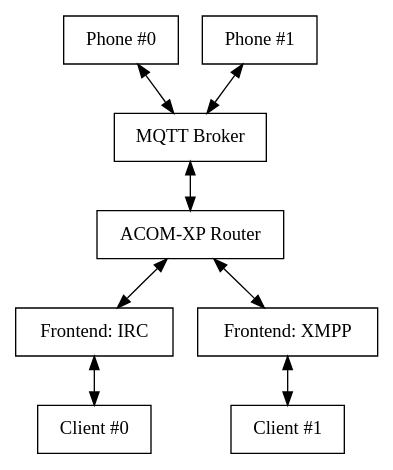
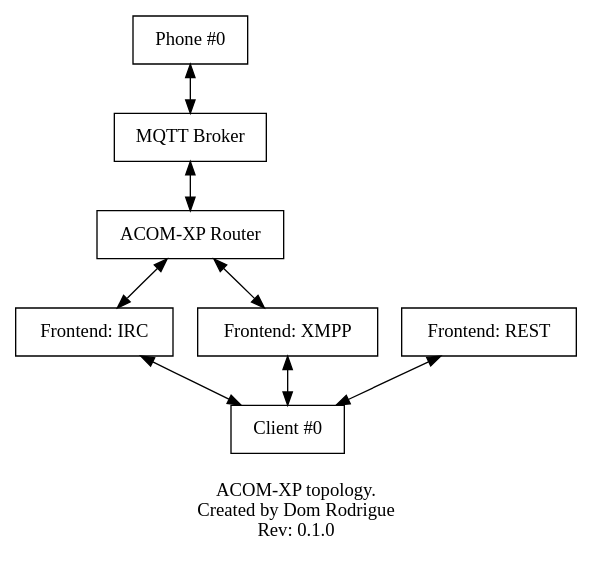
The diagram in diagrams/router.dot (XAMS-Project/XAMS), drawn with Graphviz before and after one commit. The commit also changed 2 other files, not shown here.

Commit message:
Update diagrams

```diff
--- a/diagrams/router.dot
+++ b/diagrams/router.dot
@@ -1,25 +1,23 @@
 digraph Router {
+    graph [overlap=false, splines=true]
     phone0 [shape=record,label="Phone #0"];
-    
-    phone1 [shape=record,label="Phone #1"];
-    
     broker [shape=record,label="MQTT Broker"];
-
     router [shape=record,label="ACOM-XP Router"];
-
     frt_irc [shape=record,label="Frontend: IRC"];
     frt_xmpp [shape=record,label="Frontend: XMPP"];
+    frt_rest [shape=record,label="Frontend: REST"];
 
     phone0 -> broker [dir="both"];
-    phone1 -> broker [dir="both"];
     broker -> router [dir="both"];
 
     router -> frt_irc [dir="both"];
     router -> frt_xmpp [dir="both"];
 
     client0 [shape=record,label="Client #0"];
-    client1 [shape=record,label="Client #1"];
 
     frt_irc -> client0 [dir="both"];
-    frt_xmpp -> client1 [dir="both"];
+    frt_xmpp -> client0 [dir="both"];
+    frt_rest -> client0 [dir="both"]
+
+    label = "\nACOM-XP topology.\nCreated by Dom Rodrigue\nRev: 0.1.0"
 }
```
